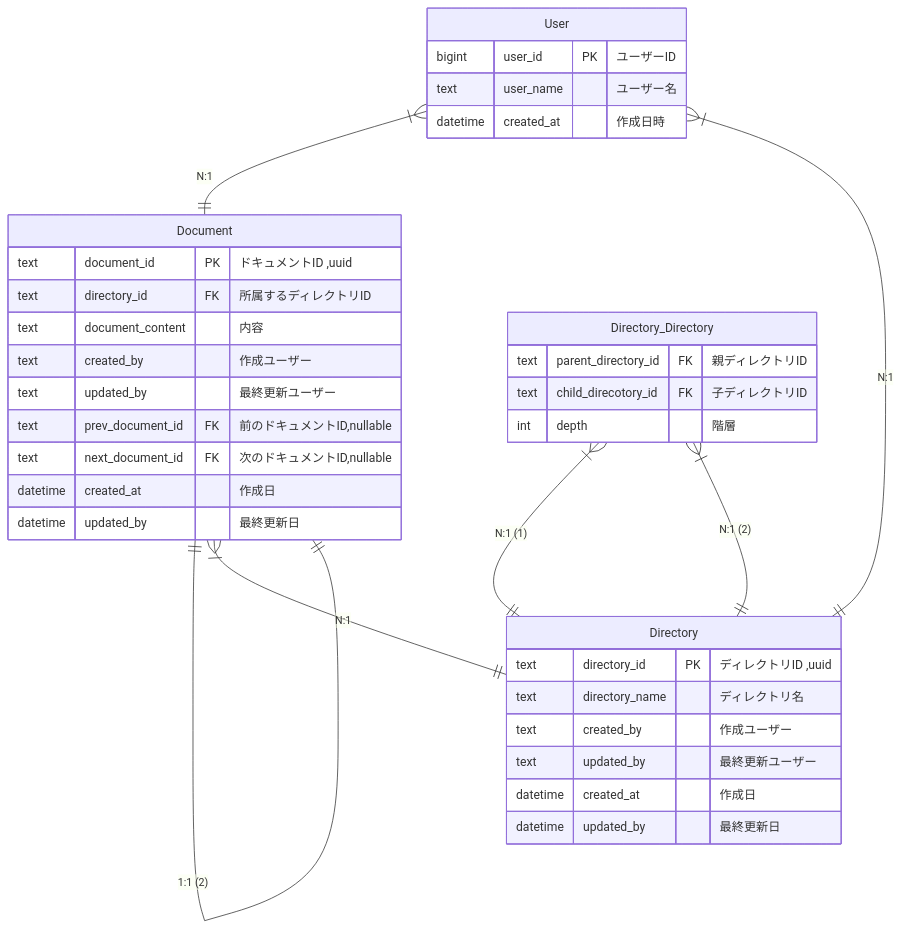
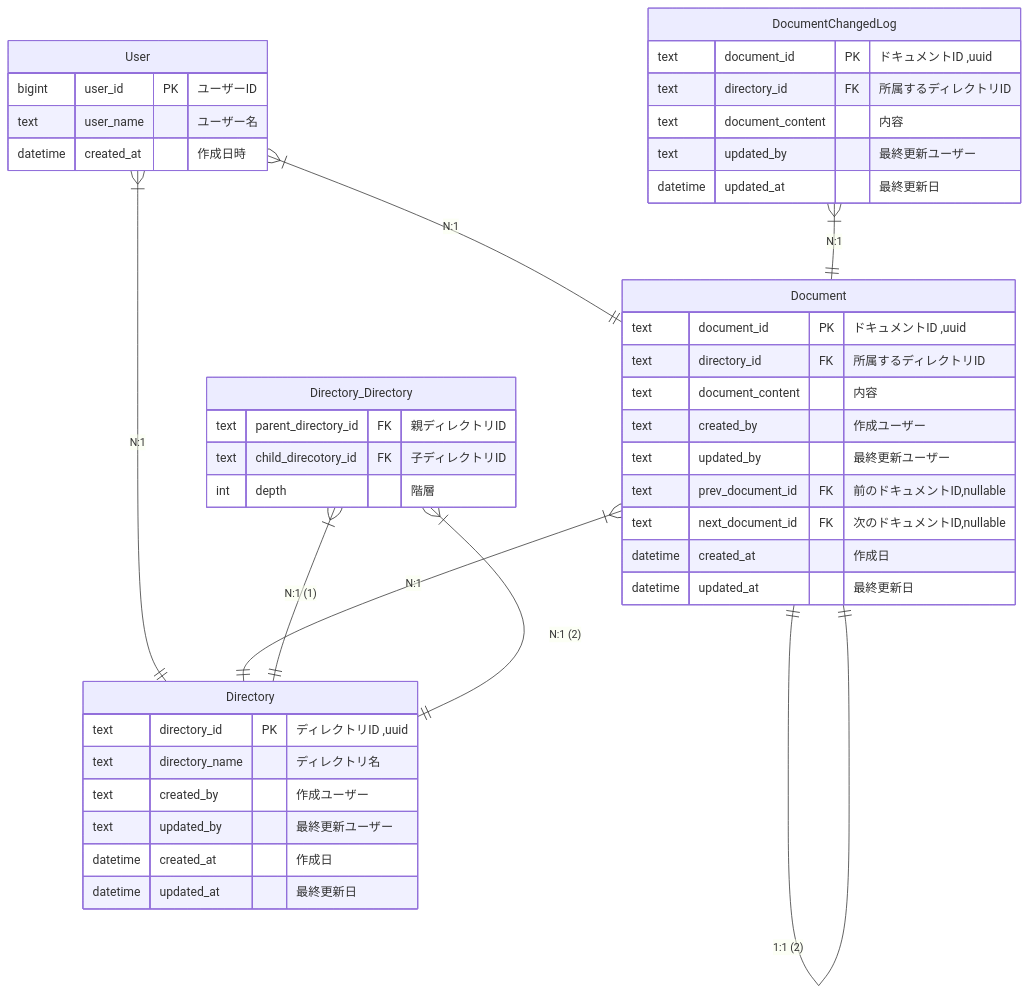
One commit to junseinagao/praha-challenge changed the second of 2 diagrams in データベース設計/DBモデリング3/README.md. Above: the diagram before and after it, drawn with Mermaid. The commit also changed other lines of this file, not shown here.

Commit message:
[DBモデリング3] 完成

````diff
--- a/データベース設計/DBモデリング3/README.md
+++ b/データベース設計/DBモデリング3/README.md
@@ -73,47 +83,57 @@
 ```mermaid
 erDiagram
 User {
   bigint user_id PK "ユーザーID"
   text user_name "ユーザー名"
   datetime created_at "作成日時"
 }
 
 User }|--|| Document : "N:1"
 User }|--|| Directory : "N:1"
 
 Document {
   text document_id PK "ドキュメントID ,uuid"
   text directory_id FK "所属するディレクトリID"
   text document_content "内容"
   text created_by "作成ユーザー"
   text updated_by "最終更新ユーザー"
   text prev_document_id FK "前のドキュメントID,nullable"
   text next_document_id FK "次のドキュメントID,nullable"
   datetime created_at "作成日"
-  datetime updated_by "最終更新日"
+  datetime updated_at "最終更新日"
 }
+
+DocumentChangedLog {
+  text document_id PK "ドキュメントID ,uuid"
+  text directory_id FK "所属するディレクトリID"
+  text document_content "内容"
+  text updated_by "最終更新ユーザー"
+  datetime updated_at "最終更新日"
+}
+
+DocumentChangedLog }|--|| Document : "N:1"
 
 Document ||--|| Document : "1:1 (1)"
 Document ||--|| Document : "1:1 (2)"
 
 Document }|--|| Directory : "N:1"
 
 Directory {
   text directory_id PK "ディレクトリID ,uuid"
   text directory_name "ディレクトリ名"
   text created_by "作成ユーザー"
   text updated_by "最終更新ユーザー"
   datetime created_at "作成日"
-  datetime updated_by "最終更新日"
+  datetime updated_at "最終更新日"
 }
 
 Directory_Directory {
   text parent_directory_id FK "親ディレクトリID"
   text child_direcotory_id FK "子ディレクトリID"
   int depth "階層"
 }
 
 Directory_Directory }|--|| Directory : "N:1 (1)"
 Directory_Directory }|--|| Directory : "N:1 (2)"
 
 ```
````
